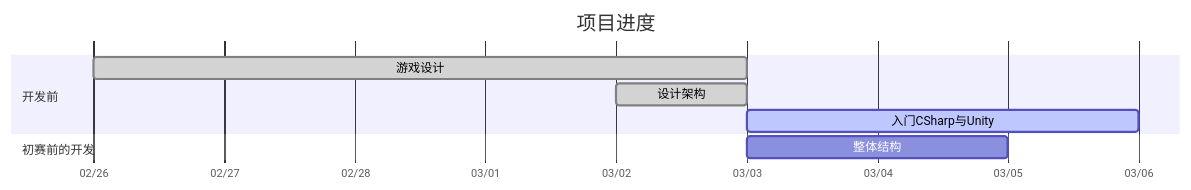
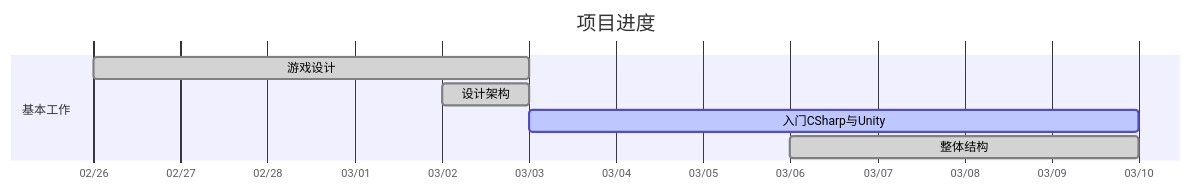
One commit to THUAI-ssast/THUAI6 changed the fourth of 4 diagrams in README.md. Above: the diagram before and after it, drawn with Mermaid. The commit also changed other lines of this file and 3 other files, not shown here.

````diff
--- a/README.md
+++ b/README.md
@@ -106,12 +112,17 @@
 ```mermaid
 gantt
 title 项目进度
 dateFormat M/D
 axisFormat %m/%d
-section 开发前
+section 基本工作
     游戏设计: done, 2/26, 3/3
     设计架构: done, 3/2, 3/3
-    入门CSharp与Unity: active, 3/3, 3d
-section 初赛前的开发
-    整体结构: 3/3, 2d
+    入门CSharp与Unity: active, 3/3, 7d
+    整体结构: done, 3/6, 3/10
+section UI
+section 游戏逻辑
+section 接入AI
+section 录制与回放
+section 部署
+section SDK
 ```
````
